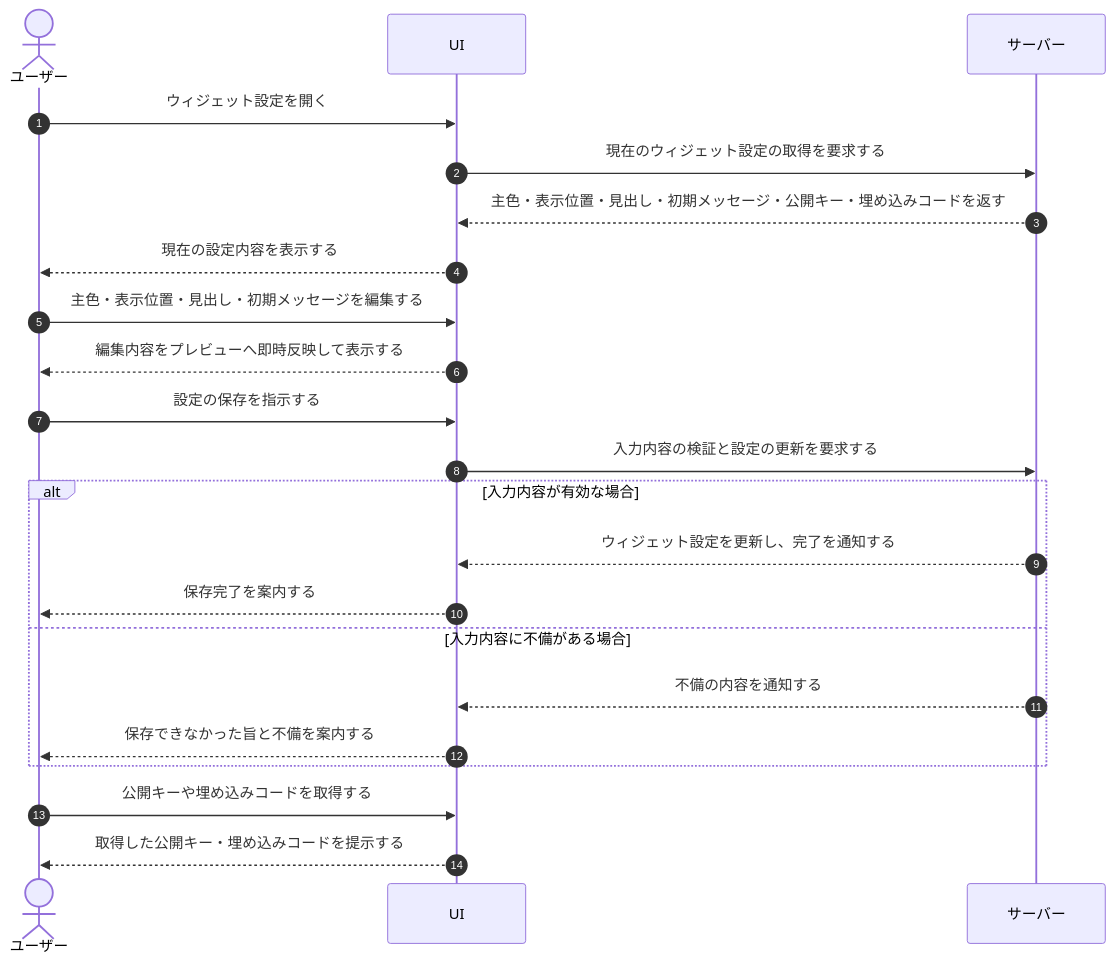
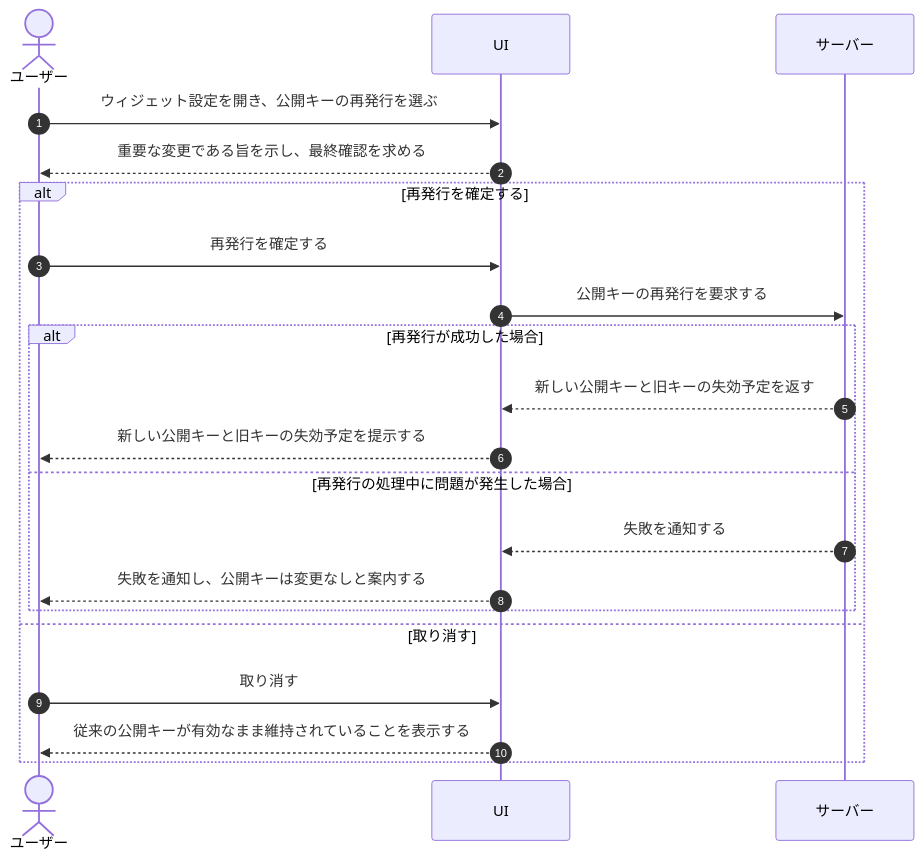
Before and after one commit to sikakou54/open-faq: the diagram in 01_requirements/04_business_usecases/UC-039.md, drawn with Mermaid. The commit also changed other lines of this file and 395 other files, not shown here.

````diff
--- a/01_requirements/04_business_usecases/UC-039.md
+++ b/01_requirements/04_business_usecases/UC-039.md
@@ -26,25 +27,24 @@
 ```mermaid
 sequenceDiagram
   autonumber
   actor U as ユーザー
   participant UI as UI
   participant S as サーバー
 
-  U->>UI: ウィジェット設定を開く
-  UI->>S: 現在のウィジェット設定の取得を要求する
-  S-->>UI: 主色・表示位置・見出し・初期メッセージ・公開キー・埋め込みコードを返す
-  UI-->>U: 現在の設定内容を表示する
-  U->>UI: 主色・表示位置・見出し・初期メッセージを編集する
-  UI-->>U: 編集内容をプレビューへ即時反映して表示する
-  U->>UI: 設定の保存を指示する
-  UI->>S: 入力内容の検証と設定の更新を要求する
-  alt 入力内容が有効な場合
-    S-->>UI: ウィジェット設定を更新し、完了を通知する
-    UI-->>U: 保存完了を案内する
-  else 入力内容に不備がある場合
-    S-->>UI: 不備の内容を通知する
-    UI-->>U: 保存できなかった旨と不備を案内する
+  U->>UI: ウィジェット設定を開き、公開キーの再発行を選ぶ
+  UI-->>U: 重要な変更である旨を示し、最終確認を求める
+  alt 再発行を確定する
+    U->>UI: 再発行を確定する
+    UI->>S: 公開キーの再発行を要求する
+    alt 再発行が成功した場合
+      S-->>UI: 新しい公開キーと旧キーの失効予定を返す
+      UI-->>U: 新しい公開キーと旧キーの失効予定を提示する
+    else 再発行の処理中に問題が発生した場合
+      S-->>UI: 失敗を通知する
+      UI-->>U: 失敗を通知し、公開キーは変更なしと案内する
+    end
+  else 取り消す
+    U->>UI: 取り消す
+    UI-->>U: 従来の公開キーが有効なまま維持されていることを表示する
   end
-  U->>UI: 公開キーや埋め込みコードを取得する
-  UI-->>U: 取得した公開キー・埋め込みコードを提示する
 ```
````
